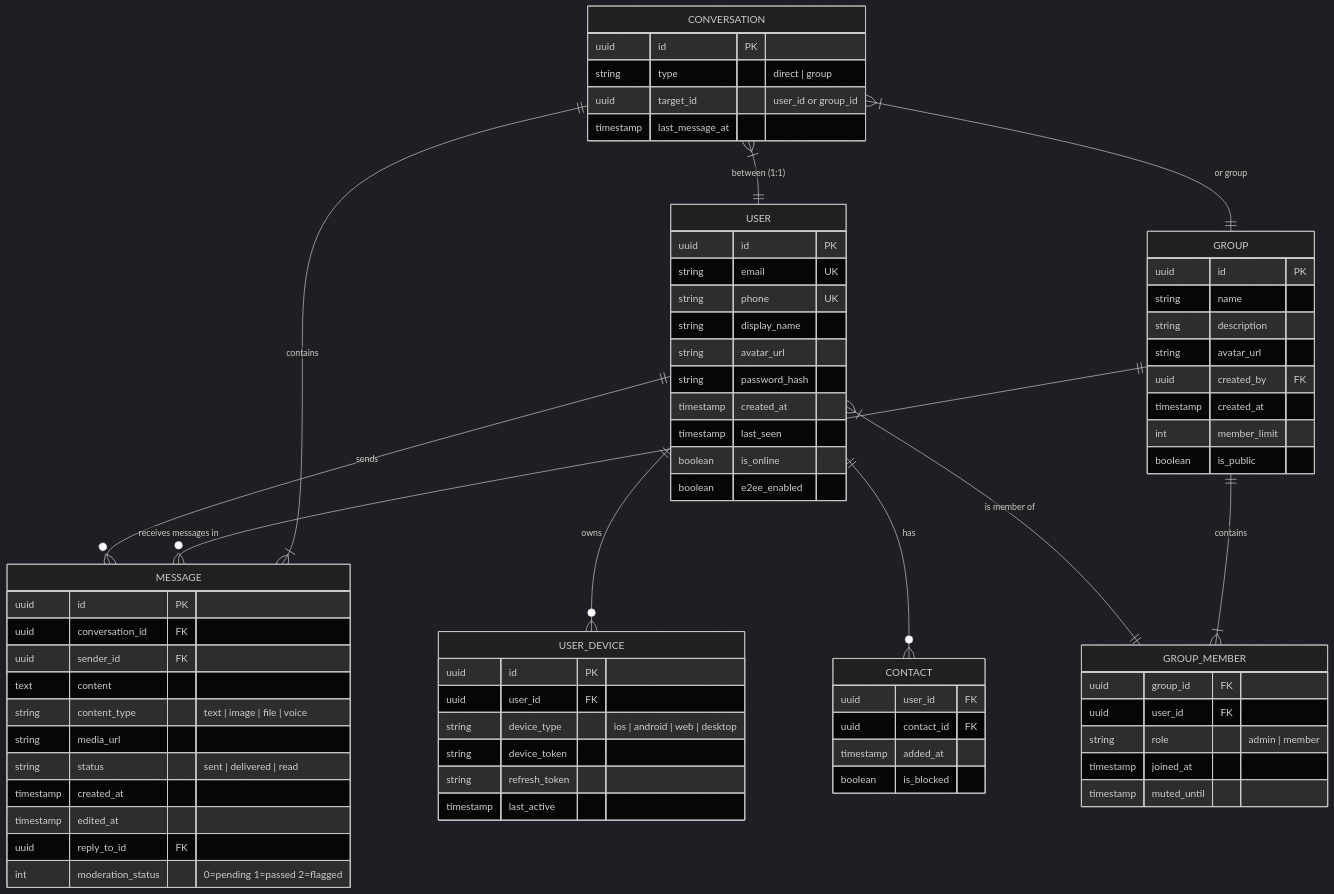
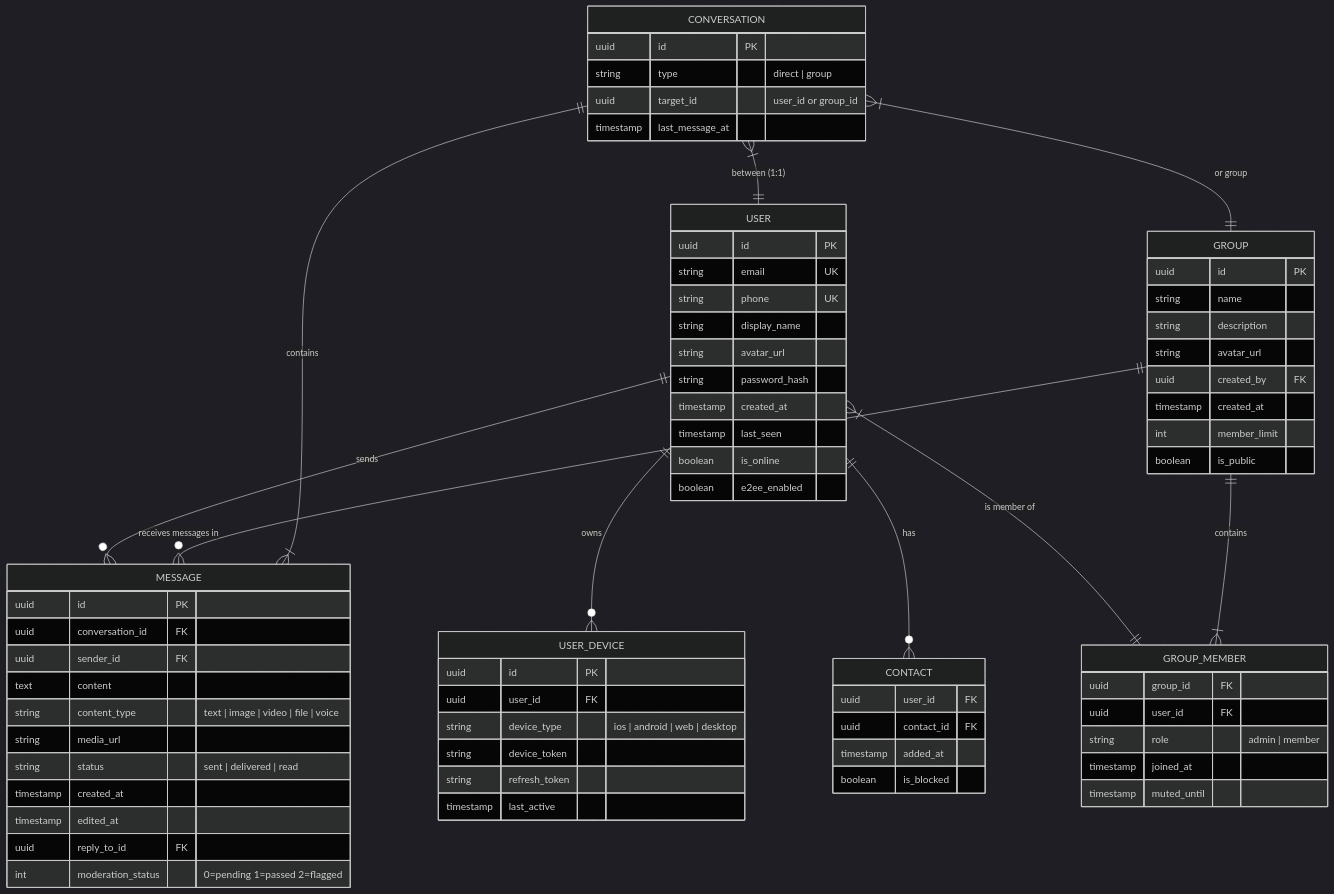
The sixth of 20 diagrams in docs/architecture-flow.md (OMCHOKSI108/closetalk), drawn with Mermaid (dark theme) before and after one commit. The commit also changed 7 other files, not shown here.

````diff
--- a/docs/architecture-flow.md
+++ b/docs/architecture-flow.md
@@ -347,81 +347,81 @@
 ```mermaid
 erDiagram
     USER ||--o{ MESSAGE : sends
     USER ||--o{ USER_DEVICE : owns
     USER ||--o{ CONTACT : has
     USER }|--|| GROUP_MEMBER : "is member of"
     GROUP ||--|{ GROUP_MEMBER : contains
     GROUP ||--o{ MESSAGE : "receives messages in"
     CONVERSATION ||--|{ MESSAGE : contains
     CONVERSATION }|--|| USER : "between (1:1)"
     CONVERSATION }|--|| GROUP : "or group"
 
     USER {
         uuid id PK
         string email UK
         string phone UK
         string display_name
         string avatar_url
         string password_hash
         timestamp created_at
         timestamp last_seen
         boolean is_online
         boolean e2ee_enabled
     }
 
     MESSAGE {
         uuid id PK
         uuid conversation_id FK
         uuid sender_id FK
         text content
-        string content_type "text | image | file | voice"
+        string content_type "text | image | video | file | voice"
         string media_url
         string status "sent | delivered | read"
         timestamp created_at
         timestamp edited_at
         uuid reply_to_id FK
         int moderation_status "0=pending 1=passed 2=flagged"
     }
 
     GROUP {
         uuid id PK
         string name
         string description
         string avatar_url
         uuid created_by FK
         timestamp created_at
         int member_limit
         boolean is_public
     }
 
     GROUP_MEMBER {
         uuid group_id FK
         uuid user_id FK
         string role "admin | member"
         timestamp joined_at
         timestamp muted_until
     }
 
     USER_DEVICE {
         uuid id PK
         uuid user_id FK
         string device_type "ios | android | web | desktop"
         string device_token
         string refresh_token
         timestamp last_active
     }
 
     CONTACT {
         uuid user_id FK
         uuid contact_id FK
         timestamp added_at
         boolean is_blocked
     }
 
     CONVERSATION {
         uuid id PK
         string type "direct | group"
         uuid target_id "user_id or group_id"
         timestamp last_message_at
     }
 ```
````
